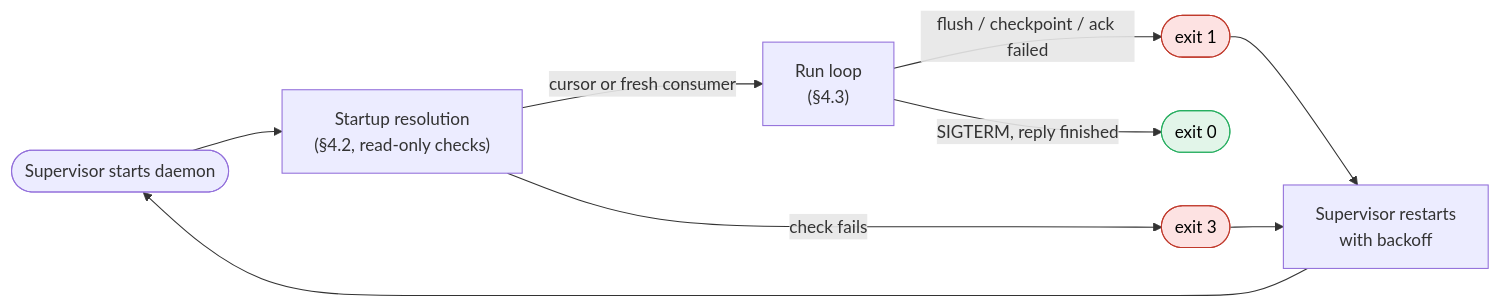
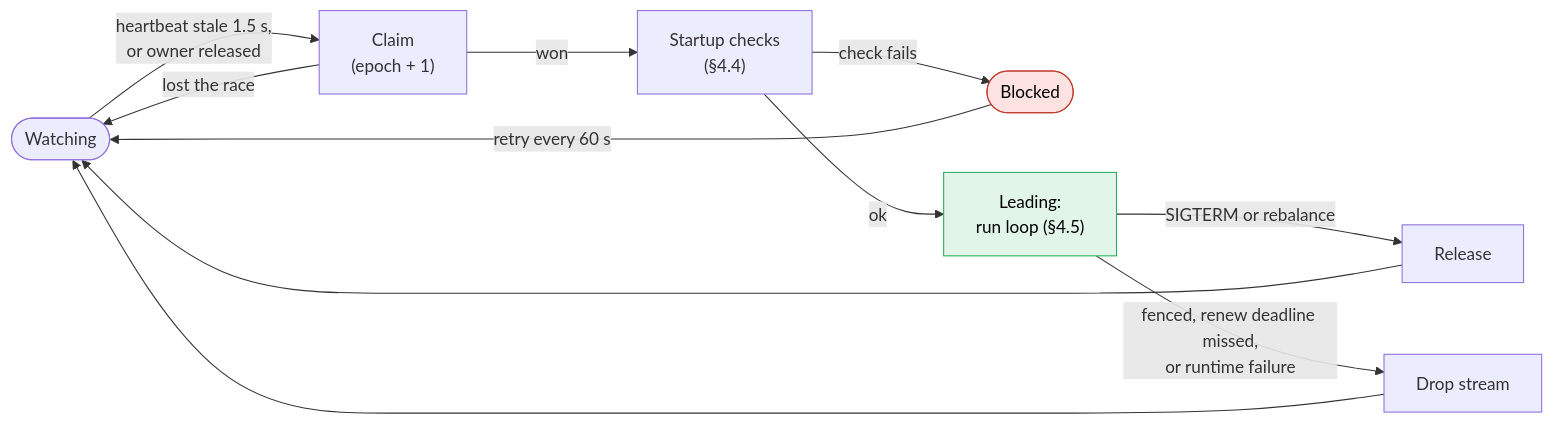
One commit to Ronitsabhaya75/Kafka-FDB-Streamline changed the first of 3 diagrams in docs/CHECKPOINT-SPEC.md. Above: the diagram before and after it, drawn with Mermaid. The commit also changed other lines of this file and 1 other file, not shown here.

Commit message:
refactor spec to use FDB supervisor

````diff
--- a/docs/CHECKPOINT-SPEC.md
+++ b/docs/CHECKPOINT-SPEC.md
@@ -98,16 +124,16 @@
 ```mermaid
 flowchart LR
-    SUP(["Supervisor starts daemon"]) --> START["Startup resolution<br/>(§4.2, read-only checks)"]
-    START -- "check fails" --> X3(["exit 3"])
-    START -- "cursor or fresh consumer" --> LOOP["Run loop<br/>(§4.3)"]
-    LOOP -- "SIGTERM, reply finished" --> X0(["exit 0"])
-    LOOP -- "flush / checkpoint / ack failed" --> X1(["exit 1"])
-    X1 --> BACK["Supervisor restarts<br/>with backoff"]
-    X3 --> BACK
-    BACK --> SUP
+    W(["Watching"]) -- "heartbeat stale 1.5 s,<br/>or owner released" --> C["Claim<br/>(epoch + 1)"]
+    C -- "lost the race" --> W
+    C -- won --> S["Startup checks<br/>(§4.4)"]
+    S -- "check fails" --> B(["Blocked"])
+    S -- ok --> L["Leading:<br/>run loop (§4.5)"]
+    L -- "SIGTERM or rebalance" --> R["Release"] --> W
+    L -- "fenced, renew deadline missed,<br/>or runtime failure" --> D["Drop stream"] --> W
+    B -- "retry every 60 s" --> W
 
     classDef fatal fill:#fde2e2,stroke:#c0392b,color:#000
     classDef ok fill:#e2f5e9,stroke:#27ae60,color:#000
-    class X1,X3 fatal
-    class X0 ok
+    class B fatal
+    class L ok
 ```
````
